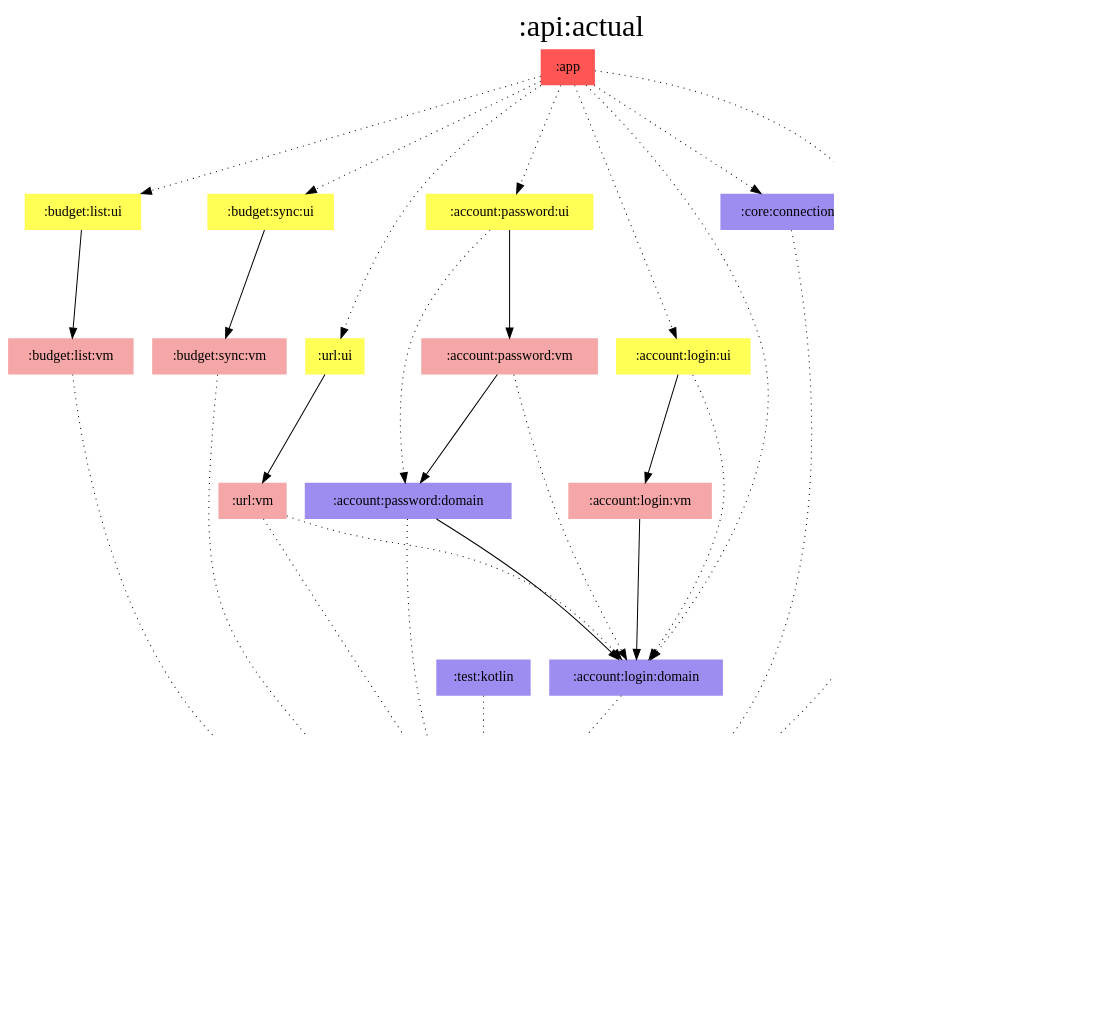
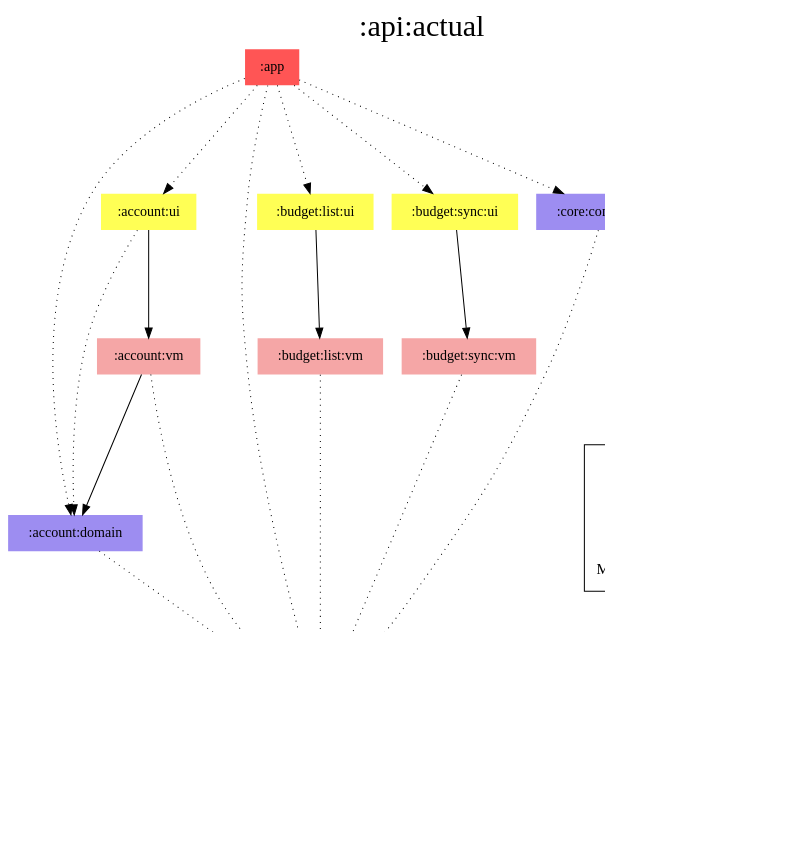
One commit to jonapoul/aktual changed the diagram in modules/api/actual/modules.dot. Above: the diagram before and after it, drawn with Graphviz. The commit also changed 134 other files, not shown here.

First line of the commit message:
Merge login, password and URL modules (#289)

```diff
--- a/modules/api/actual/modules.dot
+++ b/modules/api/actual/modules.dot
@@ -1,73 +1,56 @@
 digraph {
 edge ["dir"="forward"]
 graph ["dpi"="100","label"=":api:actual","labelloc"="t","fontsize"="30","ranksep"="1.5","rankdir"="TB"]
 node ["style"="filled"]
-":account:login:domain" ["fillcolor"="#9D8DF1","shape"="none"]
-":account:login:ui" ["fillcolor"="#FFFF55","shape"="none"]
-":account:login:vm" ["fillcolor"="#F5A6A6","shape"="none"]
+":account:domain" ["fillcolor"="#9D8DF1","shape"="none"]
 ":account:model" ["fillcolor"="#9D8DF1","shape"="none"]
-":account:password:domain" ["fillcolor"="#9D8DF1","shape"="none"]
-":account:password:ui" ["fillcolor"="#FFFF55","shape"="none"]
-":account:password:vm" ["fillcolor"="#F5A6A6","shape"="none"]
+":account:ui" ["fillcolor"="#FFFF55","shape"="none"]
+":account:vm" ["fillcolor"="#F5A6A6","shape"="none"]
 ":api:actual" ["fillcolor"="#9D8DF1","color"="black","penwidth"="3","shape"="box"]
 ":app" ["fillcolor"="#FF5555","shape"="none"]
 ":budget:list:ui" ["fillcolor"="#FFFF55","shape"="none"]
 ":budget:list:vm" ["fillcolor"="#F5A6A6","shape"="none"]
 ":budget:model" ["fillcolor"="#9D8DF1","shape"="none"]
 ":budget:sync:ui" ["fillcolor"="#FFFF55","shape"="none"]
 ":budget:sync:vm" ["fillcolor"="#F5A6A6","shape"="none"]
 ":codegen:annotation" ["fillcolor"="#9D8DF1","shape"="none"]
 ":core:connection" ["fillcolor"="#9D8DF1","shape"="none"]
 ":core:model" ["fillcolor"="#9D8DF1","shape"="none"]
-":test:kotlin" ["fillcolor"="#9D8DF1","shape"="none"]
-":url:ui" ["fillcolor"="#FFFF55","shape"="none"]
-":url:vm" ["fillcolor"="#F5A6A6","shape"="none"]
 {
 edge ["dir"="none"]
 graph ["rank"="same"]
 ":api:actual"
 }
-":account:login:domain" -> ":api:actual" ["style"="dotted"]
-":account:login:ui" -> ":account:login:domain" ["style"="dotted"]
-":account:login:ui" -> ":account:login:vm"
-":account:login:vm" -> ":account:login:domain"
-":account:password:domain" -> ":account:login:domain"
-":account:password:domain" -> ":api:actual" ["style"="dotted"]
-":account:password:ui" -> ":account:password:domain" ["style"="dotted"]
-":account:password:ui" -> ":account:password:vm"
-":account:password:vm" -> ":account:login:domain" ["style"="dotted"]
-":account:password:vm" -> ":account:password:domain"
+":account:domain" -> ":api:actual" ["style"="dotted"]
+":account:ui" -> ":account:domain" ["style"="dotted"]
+":account:ui" -> ":account:vm"
+":account:vm" -> ":account:domain"
+":account:vm" -> ":api:actual" ["style"="dotted"]
 ":api:actual" -> ":account:model"
 ":api:actual" -> ":budget:model"
 ":api:actual" -> ":codegen:annotation" ["style"="dotted"]
 ":api:actual" -> ":core:model"
-":app" -> ":account:login:domain" ["style"="dotted"]
-":app" -> ":account:login:ui" ["style"="dotted"]
-":app" -> ":account:password:ui" ["style"="dotted"]
+":app" -> ":account:domain" ["style"="dotted"]
+":app" -> ":account:ui" ["style"="dotted"]
 ":app" -> ":api:actual" ["style"="dotted"]
 ":app" -> ":budget:list:ui" ["style"="dotted"]
 ":app" -> ":budget:sync:ui" ["style"="dotted"]
 ":app" -> ":core:connection" ["style"="dotted"]
-":app" -> ":url:ui" ["style"="dotted"]
 ":budget:list:ui" -> ":budget:list:vm"
 ":budget:list:vm" -> ":api:actual" ["style"="dotted"]
 ":budget:sync:ui" -> ":budget:sync:vm"
 ":budget:sync:vm" -> ":api:actual" ["style"="dotted"]
 ":core:connection" -> ":api:actual" ["style"="dotted"]
-":test:kotlin" -> ":api:actual" ["style"="dotted"]
-":url:ui" -> ":url:vm"
-":url:vm" -> ":account:login:domain" ["style"="dotted"]
-":url:vm" -> ":api:actual" ["style"="dotted"]
 subgraph "cluster_legend" {
 edge ["dir"="none"]
 graph ["label"="Legend","fontsize"="20"]
 "Legend" ["style"="filled","fillcolor"="#FFFFFF","shape"="none","margin"="0","fontsize"="15","label"=<
 <TABLE BORDER="0" CELLBORDER="0" CELLSPACING="0" CELLPADDING="4">
 <TR><TD>App</TD><TD BGCOLOR="#FF5555">module-name</TD></TR>
 <TR><TD>ViewModel</TD><TD BGCOLOR="#F5A6A6">module-name</TD></TR>
 <TR><TD>Compose</TD><TD BGCOLOR="#FFFF55">module-name</TD></TR>
 <TR><TD>Multiplatform</TD><TD BGCOLOR="#9D8DF1">module-name</TD></TR>
 </TABLE>
 >]
 } -> ":api:actual" ["style"="invis"]
 }
```
